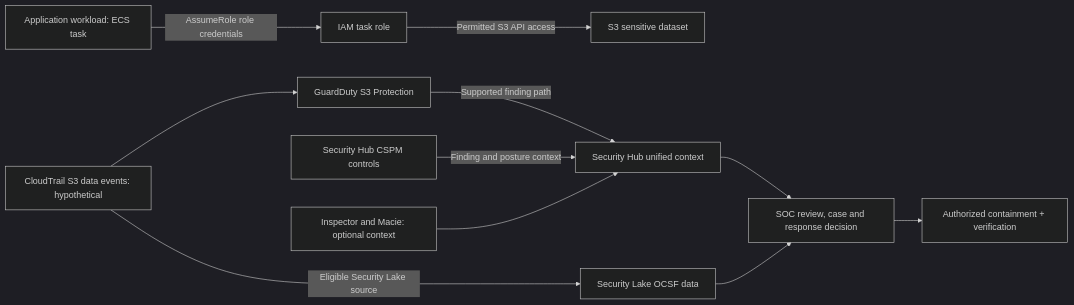
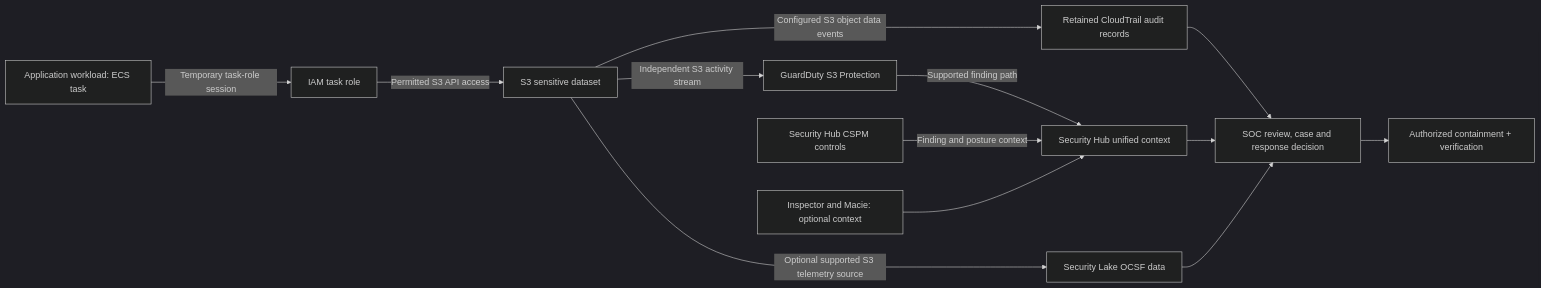
The diagram in docs/market-research/aws-security-learning-scenario-2026-11.md (heyfunwhoa/security-market-map), drawn with Mermaid (dark theme) before and after one commit. The commit also changed other lines of this file and 5 other files, not shown here.

````diff
--- a/docs/market-research/aws-security-learning-scenario-2026-11.md
+++ b/docs/market-research/aws-security-learning-scenario-2026-11.md
@@ -21,13 +21,15 @@
 ```mermaid
 flowchart LR
-  A[Application workload: ECS task] -->|AssumeRole role credentials| B[IAM task role]
+  A[Application workload: ECS task] -->|Temporary task-role session| B[IAM task role]
   B -->|Permitted S3 API access| C[S3 sensitive dataset]
-  D[CloudTrail S3 data events: hypothetical] --> E[GuardDuty S3 Protection]
+  C -->|Independent S3 activity stream| E[GuardDuty S3 Protection]
+  C -->|Configured S3 object data events| D[Retained CloudTrail audit records]
+  D --> J[SOC review, case and response decision]
   E -->|Supported finding path| F[Security Hub unified context]
   G[Security Hub CSPM controls] -->|Finding and posture context| F
   H[Inspector and Macie: optional context] --> F
-  D -->|Eligible Security Lake source| I[Security Lake OCSF data]
+  C -->|Optional supported S3 telemetry source| I[Security Lake OCSF data]
   F --> J[SOC review, case and response decision]
   I --> J
   J --> K[Authorized containment + verification]
 ```
````
